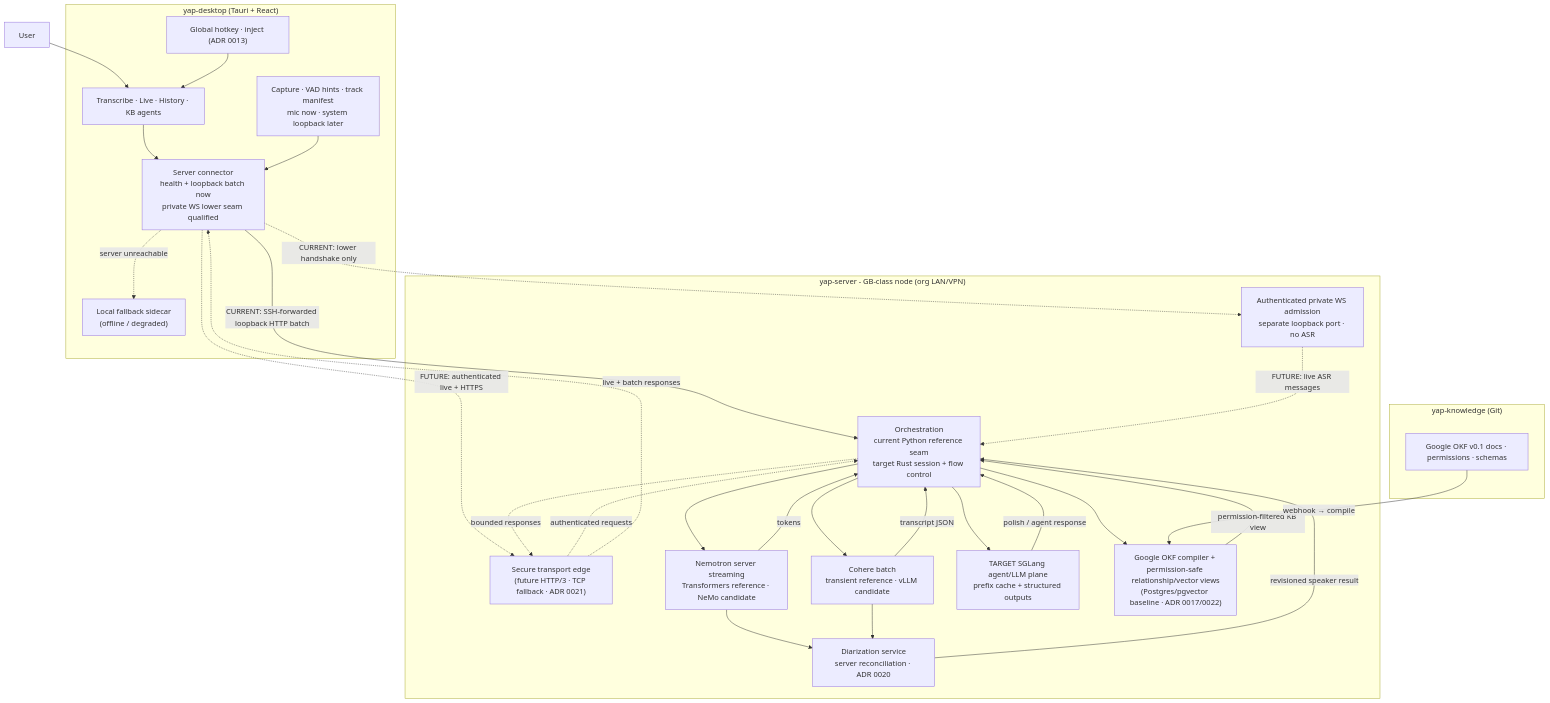
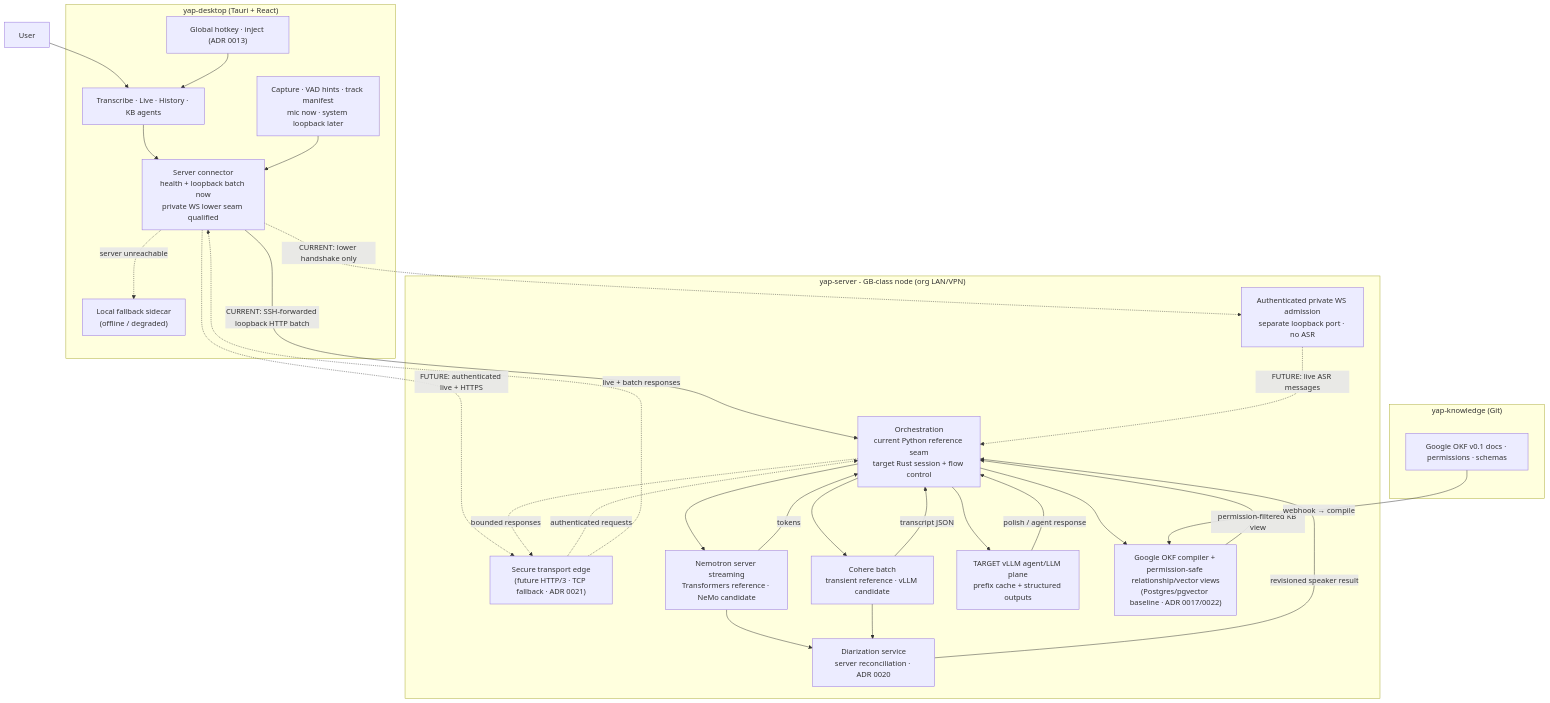
One commit to ZoOtMcNoOt/yap changed the second of 4 diagrams in docs/VOICE-OS-ARCHITECTURE.md. Above: the diagram before and after it, drawn with Mermaid. The commit also changed other lines of this file and 21 other files, not shown here.

````diff
--- a/docs/VOICE-OS-ARCHITECTURE.md
+++ b/docs/VOICE-OS-ARCHITECTURE.md
@@ -288,49 +288,49 @@
 ```mermaid
 flowchart TB
     User["User"]
 
     subgraph Client["yap-desktop (Tauri + React)"]
         UI["Transcribe · Live · History · KB agents"]
         Mic["Capture · VAD hints · track manifest<br/>mic now · system loopback later"]
         Hotkey["Global hotkey · inject (ADR 0013)"]
         Conn["Server connector\nhealth + loopback batch now\nprivate WS lower seam qualified"]
         LocalFB["Local fallback sidecar\n(offline / degraded)"]
     end
 
     subgraph Server["yap-server - GB-class node (org LAN/VPN)"]
         Edge["Secure transport edge\n(future HTTP/3 · TCP fallback · ADR 0021)"]
         LiveAdmission["Authenticated private WS admission\nseparate loopback port · no ASR"]
         Router["Orchestration\ncurrent Python reference seam\ntarget Rust session + flow control"]
         ASR["Nemotron server streaming\nTransformers reference · NeMo candidate"]
         Batch["Cohere batch\ntransient reference · vLLM candidate"]
-        LLM["TARGET SGLang agent/LLM plane\nprefix cache + structured outputs"]
+        LLM["TARGET vLLM agent/LLM plane\nprefix cache + structured outputs"]
         Diar["Diarization service\nserver reconciliation · ADR 0020"]
         KB["Google OKF compiler + permission-safe relationship/vector views\n(Postgres/pgvector baseline · ADR 0017/0022)"]
     end
 
     subgraph KBRepo["yap-knowledge (Git)"]
         KBData["Google OKF v0.1 docs · permissions · schemas"]
     end
 
     User --> UI
     UI --> Conn
     Mic --> Conn
     Conn -->|"CURRENT: SSH-forwarded loopback HTTP batch"| Router
     Conn -.->|"CURRENT: lower handshake only"| LiveAdmission
     LiveAdmission -.->|"FUTURE: live ASR messages"| Router
     Conn -.->|"FUTURE: authenticated live + HTTPS"| Edge
     Edge -.->|"authenticated requests"| Router
     Router -.->|"bounded responses"| Edge
     Edge -.->|"live + batch responses"| Conn
     Router --> ASR & Batch & LLM
     ASR & Batch --> Diar
     ASR -->|"tokens"| Router
     Diar -->|"revisioned speaker result"| Router
     Batch -->|"transcript JSON"| Router
     LLM -->|"polish / agent response"| Router
     Router --> KB
     KB -->|"permission-filtered KB view"| Router
     KBData -->|"webhook → compile"| KB
     Conn -.->|"server unreachable"| LocalFB
     Hotkey --> UI
 ```
````
